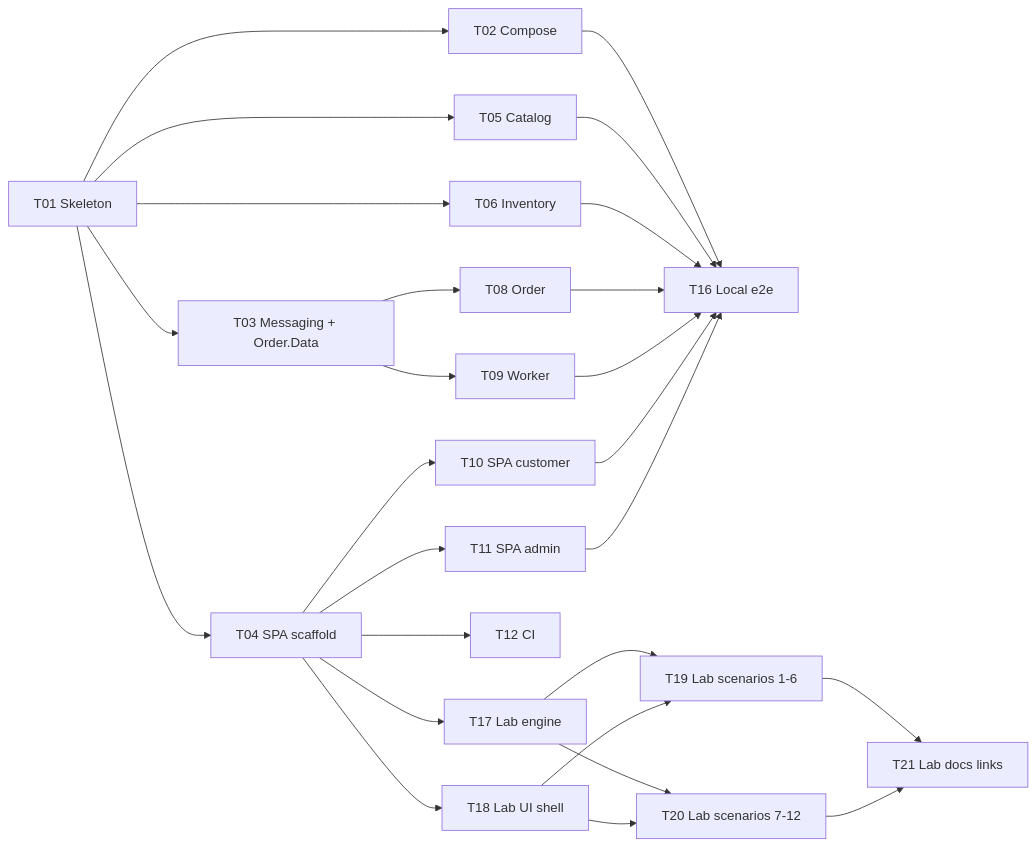
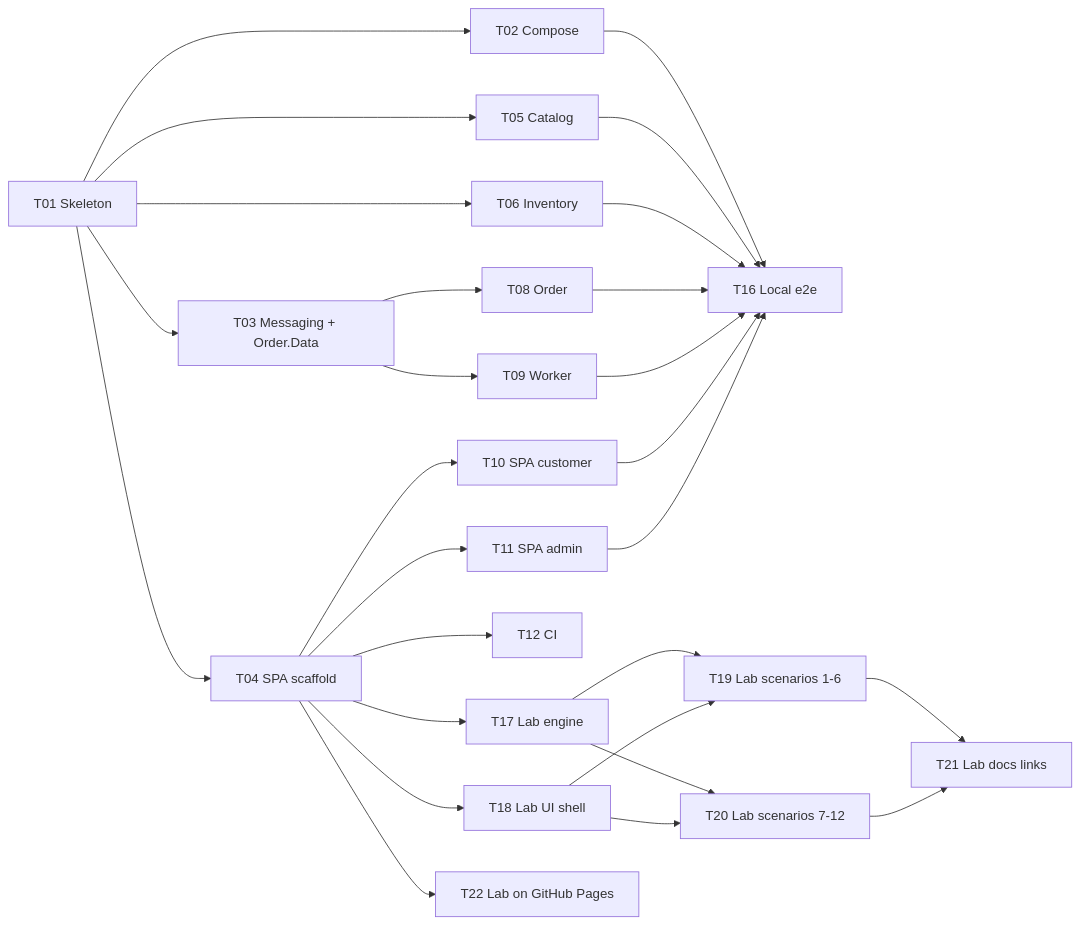
One commit to devsuperman/SuperTickets changed the diagram in docs/project/tasks.md. Above: the diagram before and after it, drawn with Mermaid. The commit also changed other lines of this file and 8 other files, not shown here.

First line of the commit message:
Publish the lab to GitHub Pages (T22)

````diff
--- a/docs/project/tasks.md
+++ b/docs/project/tasks.md
@@ -7,10 +7,11 @@
 ```mermaid
 graph LR
   T01[T01 Skeleton] --> T02[T02 Compose] & T03[T03 Messaging + Order.Data] & T04[T04 SPA scaffold] & T05[T05 Catalog] & T06[T06 Inventory]
   T03 --> T08[T08 Order] & T09[T09 Worker]
   T04 --> T10[T10 SPA customer] & T11[T11 SPA admin] & T12[T12 CI]
   T02 & T05 & T06 & T08 & T09 & T10 & T11 --> T16[T16 Local e2e]
   T04 --> T17[T17 Lab engine] & T18[T18 Lab UI shell]
   T17 & T18 --> T19[T19 Lab scenarios 1-6] & T20[T20 Lab scenarios 7-12]
   T19 & T20 --> T21[T21 Lab docs links]
+  T04 --> T22[T22 Lab on GitHub Pages]
 ```
````
